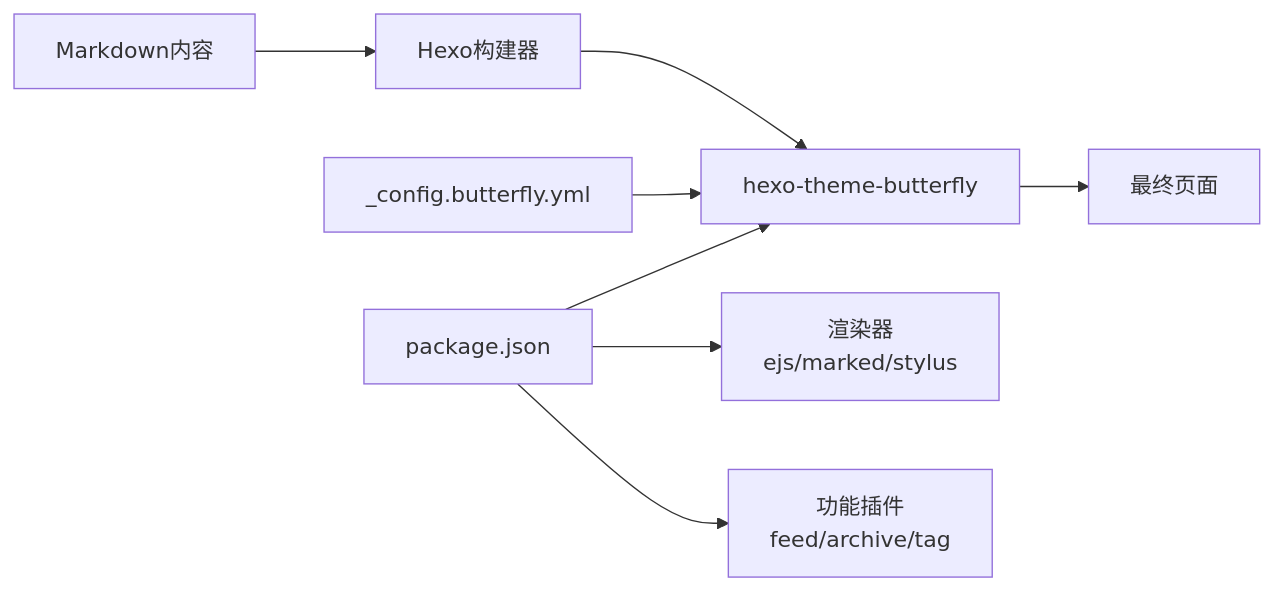
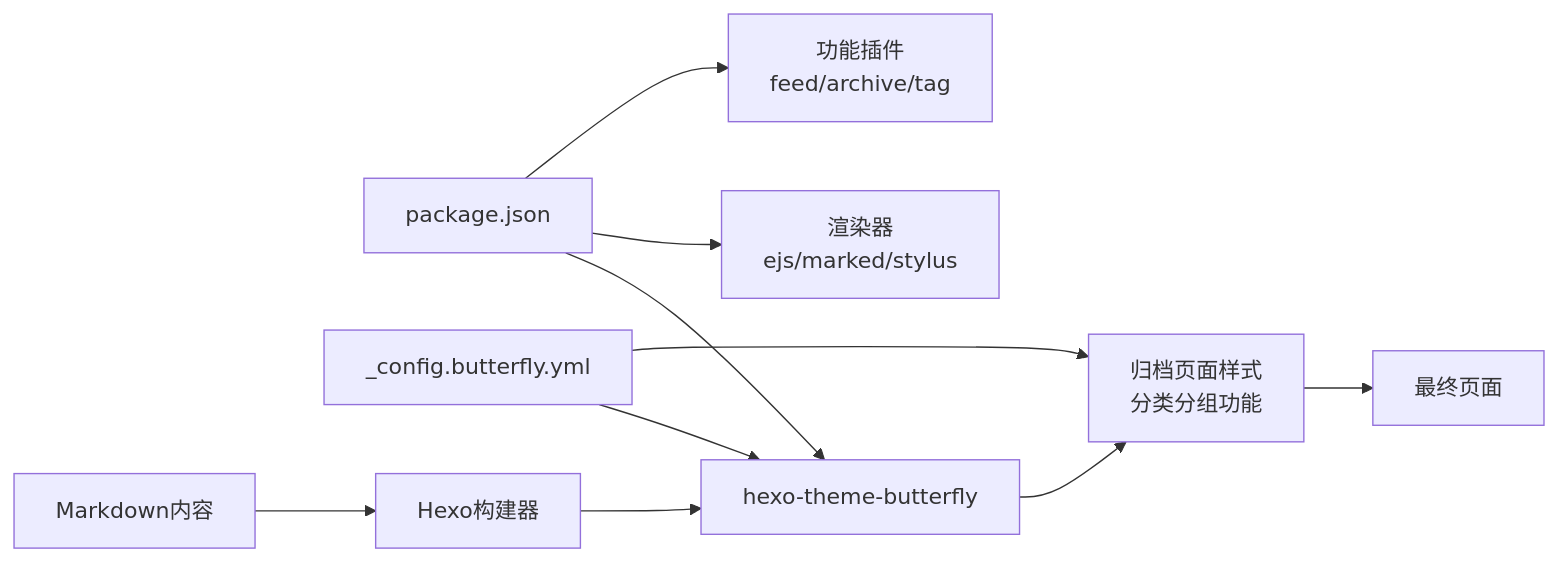
One commit to CoolPig0720/CoolPig0720.github.io changed the fifth of 5 diagrams in .qoder/repowiki/zh/content/页面布局和模板系统/布局系统详解.md. Above: the diagram before and after it, drawn with Mermaid. The commit also changed other lines of this file and 14 other files, not shown here.

````diff
--- a/.qoder/repowiki/zh/content/页面布局和模板系统/布局系统详解.md
+++ b/.qoder/repowiki/zh/content/页面布局和模板系统/布局系统详解.md
@@ -181,10 +335,12 @@
 ```mermaid
 graph LR
 PKG["package.json"] --> THEME["hexo-theme-butterfly"]
 PKG --> RENDER["渲染器<br/>ejs/marked/stylus"]
 PKG --> PLUGINS["功能插件<br/>feed/archive/tag"]
 CFG["_config.butterfly.yml"] --> THEME
+CFG --> ARCHIVE["归档页面样式<br/>分类分组功能"]
 MD["Markdown内容"] --> HEXO["Hexo构建器"]
 HEXO --> THEME
-THEME --> HTML["最终页面"]
+THEME --> ARCHIVE
+ARCHIVE --> HTML["最终页面"]
 ```
````
